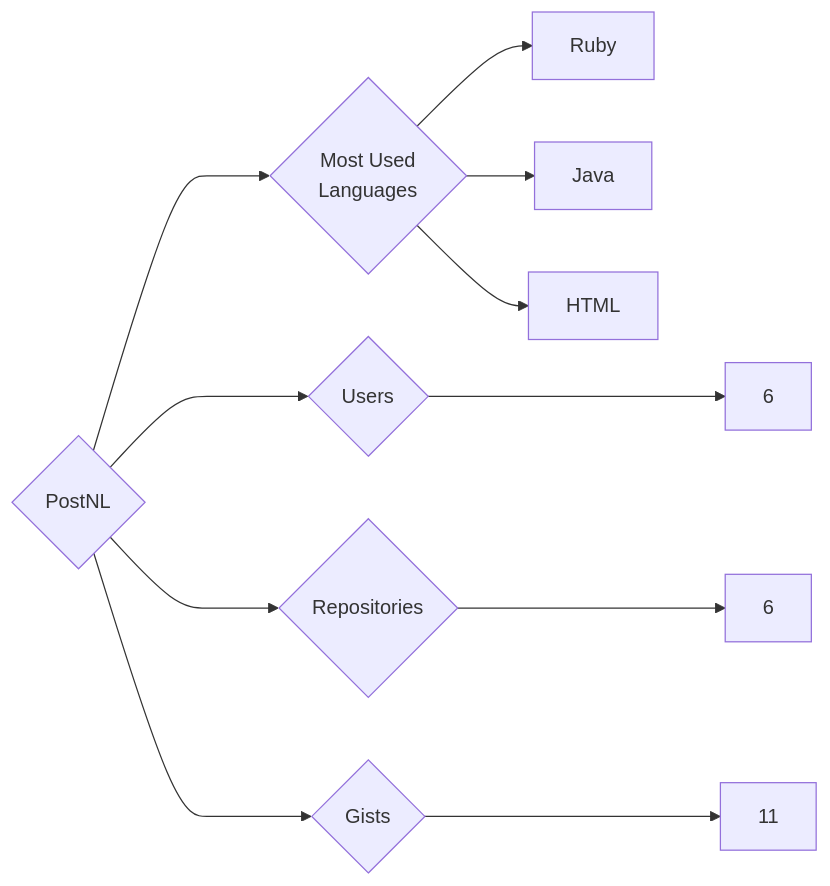
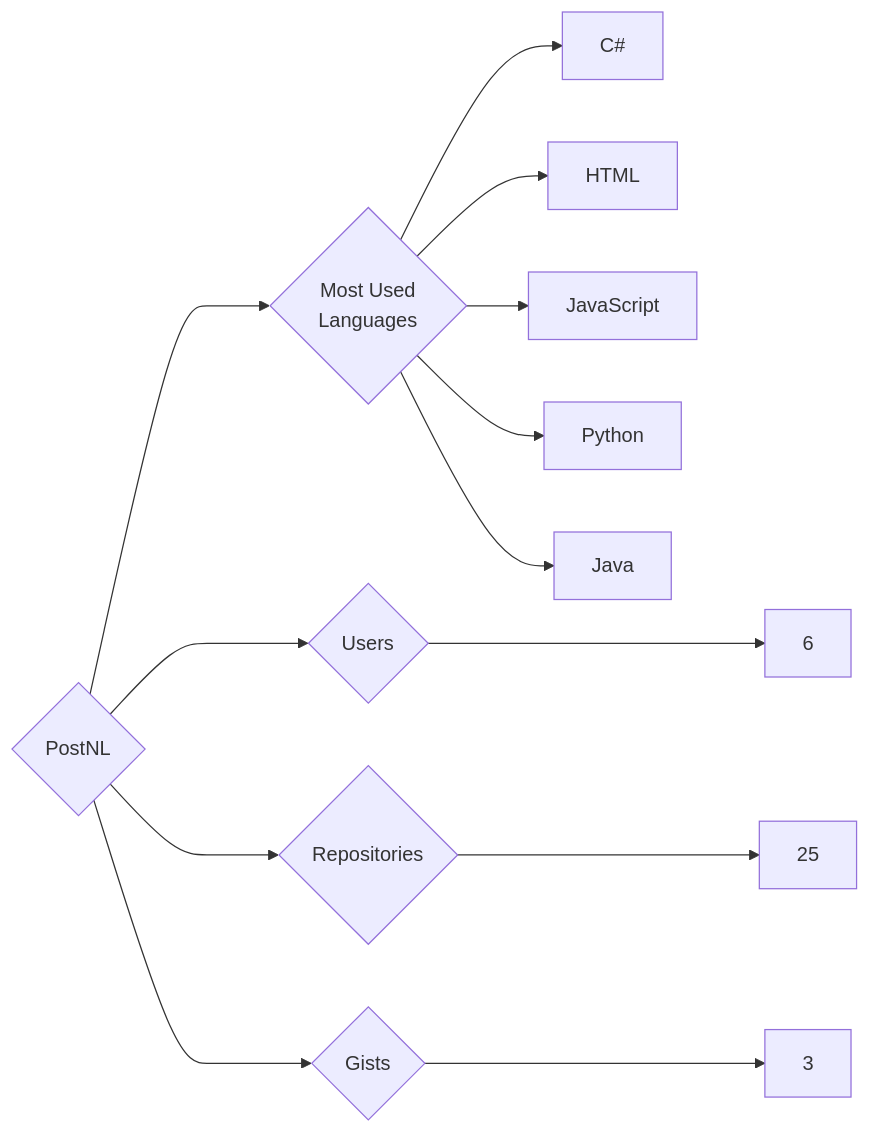
Before and after one commit to trickest/insiders: the diagram in targets/PostNL/README.md, drawn with Mermaid. The commit also changed 814 other files, not shown here.

````diff
--- a/targets/PostNL/README.md
+++ b/targets/PostNL/README.md
@@ -3,11 +3,13 @@
 ```mermaid
 graph LR
 COMPANY_NAME{PostNL}
 COMPANY_NAME ---> U{Users} ---> UN[6]
-COMPANY_NAME ---> R{Repositories} ---> RN[6]
-COMPANY_NAME ---> G{Gists} ---> GN[11]
+COMPANY_NAME ---> R{Repositories} ---> RN[25]
+COMPANY_NAME ---> G{Gists} ---> GN[3]
 COMPANY_NAME ---> ML{Most Used<br>Languages}
-ML --> Ruby[Ruby]
+ML --> C#[C#]
+ML --> HTML[HTML]
+ML --> JavaScript[JavaScript]
+ML --> Python[Python]
 ML --> Java[Java]
-ML --> HTML[HTML]
 ```
````
